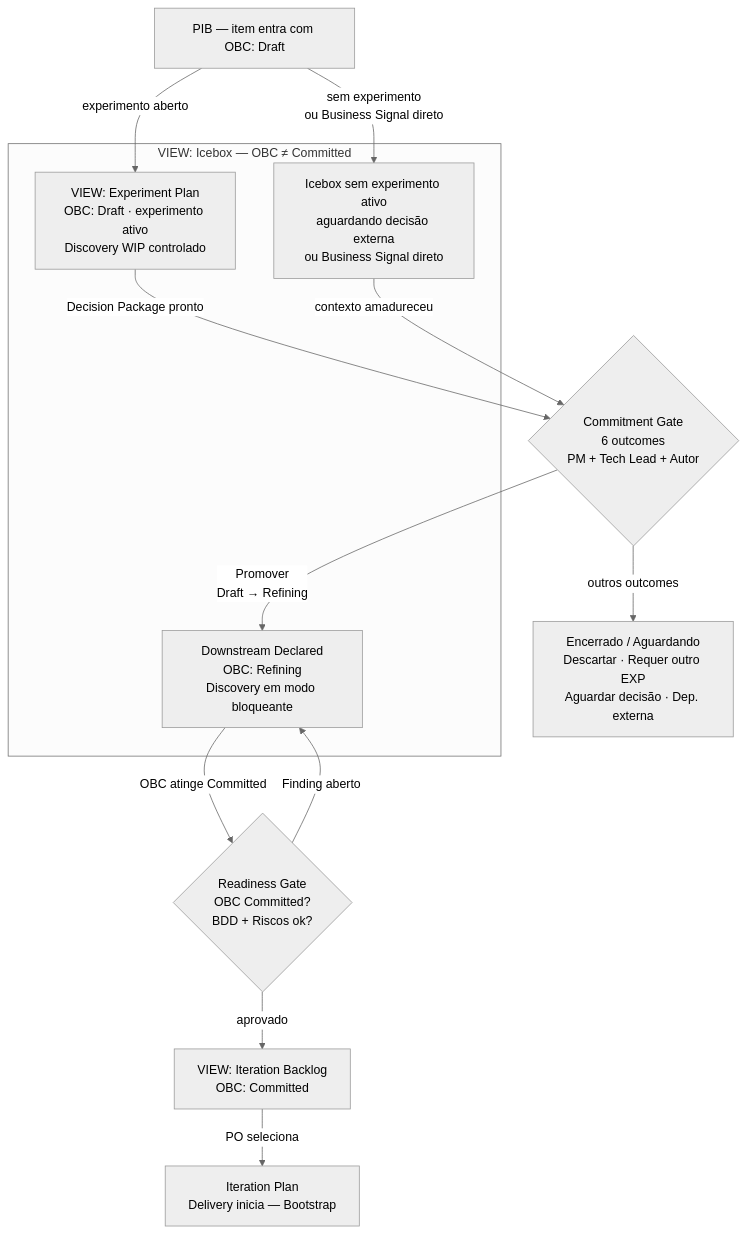
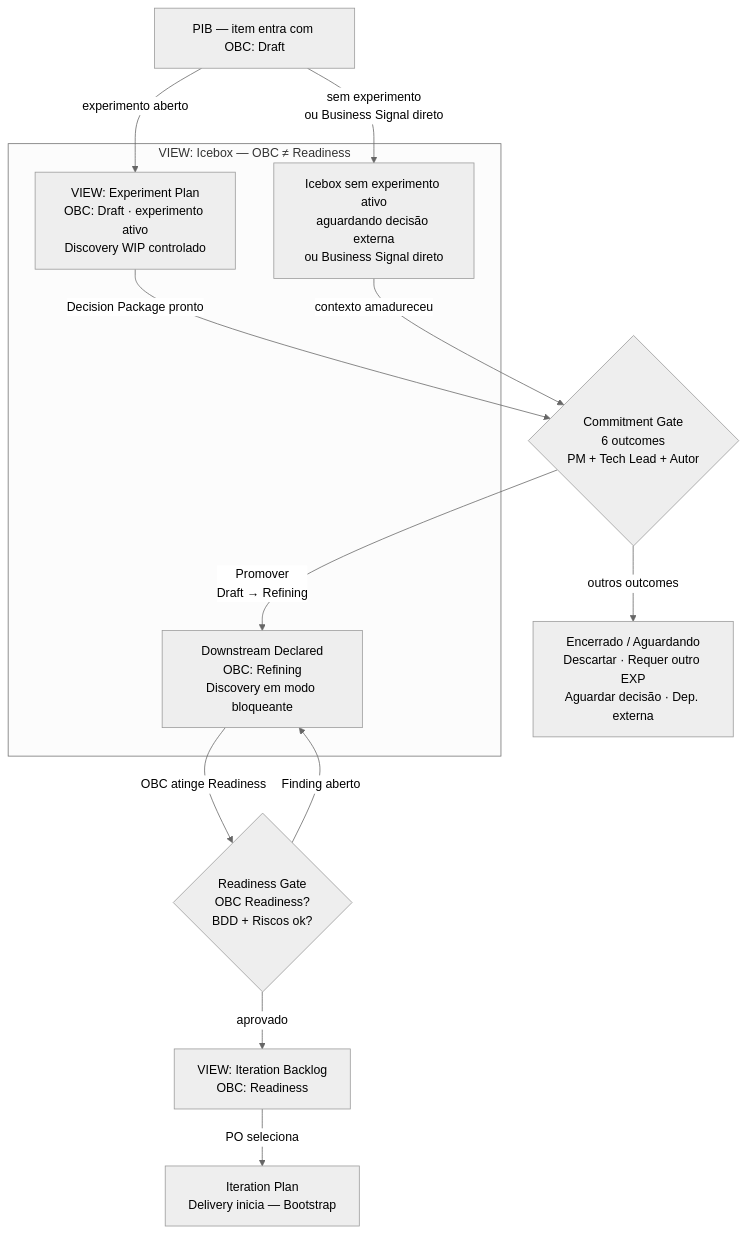
One commit to produtoreativo/from-intent-to-outcome changed the third of 3 diagrams in capitulo-05.md. Above: the diagram before and after it, drawn with Mermaid (neutral theme). The commit also changed other lines of this file and 3 other files, not shown here.

````diff
--- a/capitulo-05.md
+++ b/capitulo-05.md
@@ -150,31 +153,31 @@
 ```mermaid
 flowchart TD
     PIB["PIB — item entra com OBC: Draft"]
 
-    subgraph ICE["VIEW: Icebox  —  OBC ≠ Committed"]
+    subgraph ICE["VIEW: Icebox  —  OBC ≠ Readiness"]
         PE["VIEW: Experiment Plan\nOBC: Draft · experimento ativo\nDiscovery WIP controlado"]
         WAIT["Icebox sem experimento ativo\naguardando decisão externa\nou Business Signal direto"]
         DS["Downstream Declared\nOBC: Refining\nDiscovery em modo bloqueante"]
     end
 
     CG{"Commitment Gate\n6 outcomes\nPM + Tech Lead + Autor"}
-    RG{"Readiness Gate\nOBC Committed?\nBDD + Riscos ok?"}
-    ITB["VIEW: Iteration Backlog\nOBC: Committed"]
+    RG{"Readiness Gate\nOBC Readiness?\nBDD + Riscos ok?"}
+    ITB["VIEW: Iteration Backlog\nOBC: Readiness"]
     IP["Iteration Plan\nDelivery inicia — Bootstrap"]
     OUT["Encerrado / Aguardando\nDescartar · Requer outro EXP\nAguardar decisão · Dep. externa"]
 
     PIB -->|"experimento aberto"| PE
     PIB -->|"sem experimento\nou Business Signal direto"| WAIT
 
     PE -->|"Decision Package pronto"| CG
     WAIT -->|"contexto amadureceu"| CG
 
     CG -->|"Promover\nDraft → Refining"| DS
     CG -->|"outros outcomes"| OUT
 
-    DS -->|"OBC atinge Committed"| RG
+    DS -->|"OBC atinge Readiness"| RG
     RG -->|"aprovado"| ITB
     RG -->|"Finding aberto"| DS
 
     ITB -->|"PO seleciona"| IP
 ```
````
